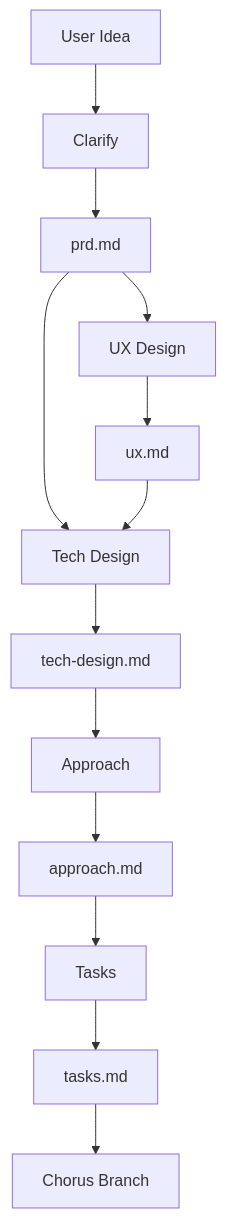
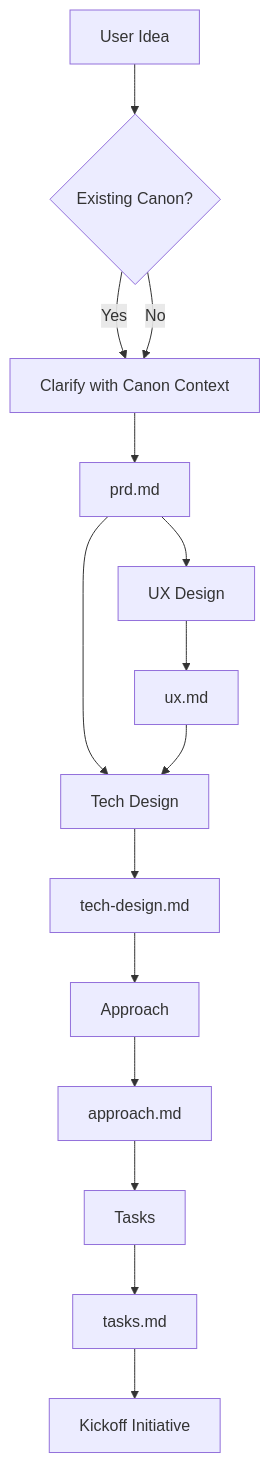
Before and after one commit to ecodan/totm: the diagram in scripts/chorus/emergence/EMERGENCE.md, drawn with Mermaid. The commit also changed other lines of this file and 48 other files, not shown here.

````diff
--- a/scripts/chorus/emergence/EMERGENCE.md
+++ b/scripts/chorus/emergence/EMERGENCE.md
@@ -55,15 +50,17 @@
 ```mermaid
 graph TD
-    User[User Idea] --> Clarify
+    User[User Idea] --> Canon{Existing Canon?}
+    Canon -->|Yes| Clarify[Clarify with Canon Context]
+    Canon -->|No| Clarify
     Clarify --> PRD[prd.md]
     PRD --> UX[UX Design]
     UX --> UXD[ux.md]
     PRD --> Tech[Tech Design]
     UXD --> Tech
     Tech --> TD[tech-design.md]
     TD --> Approach
     Approach --> APP[approach.md]
     APP --> Tasks
     Tasks --> T[tasks.md]
-    T --> Branch[Chorus Branch]
+    T --> Kickoff[Kickoff Initiative]
 ```
````
